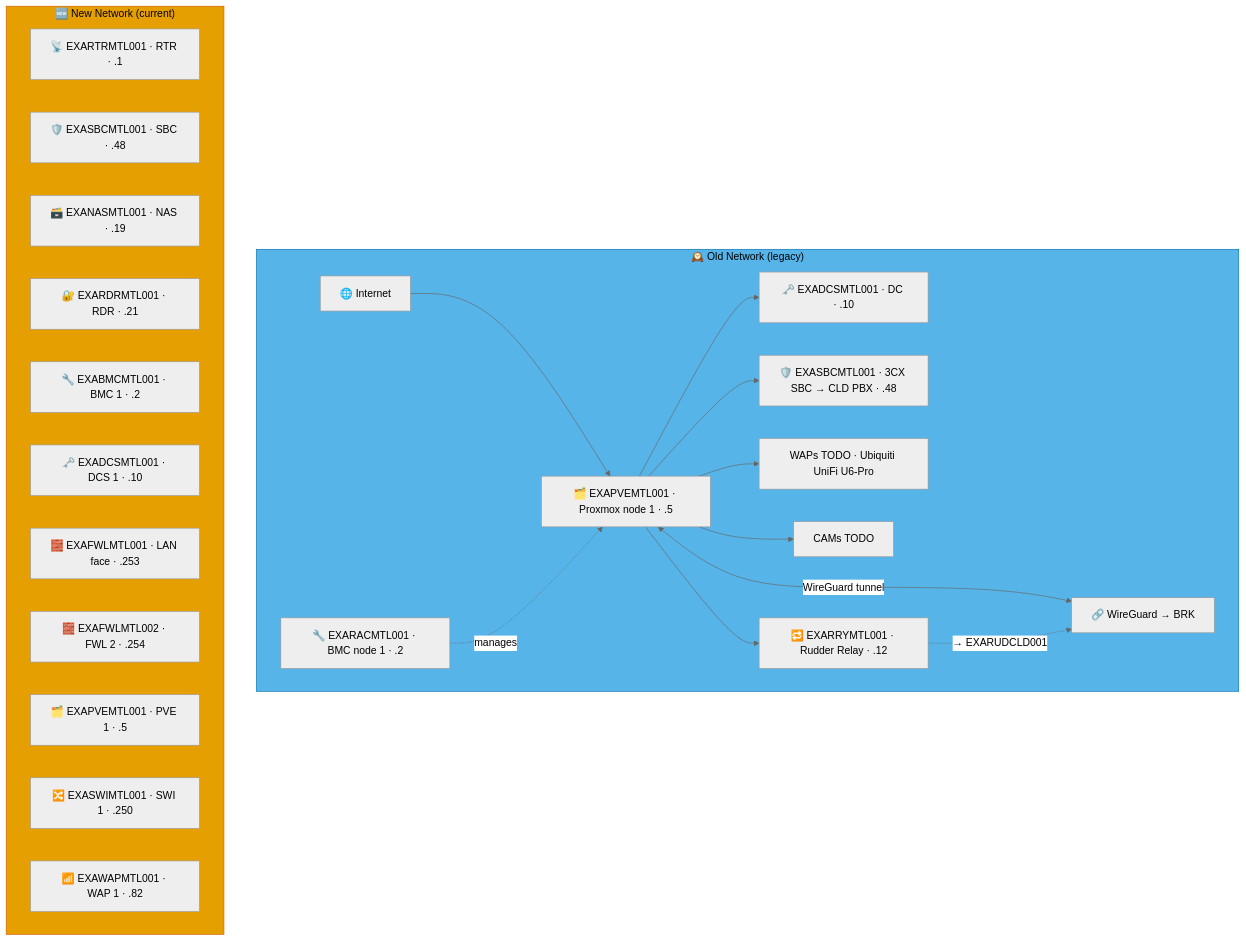
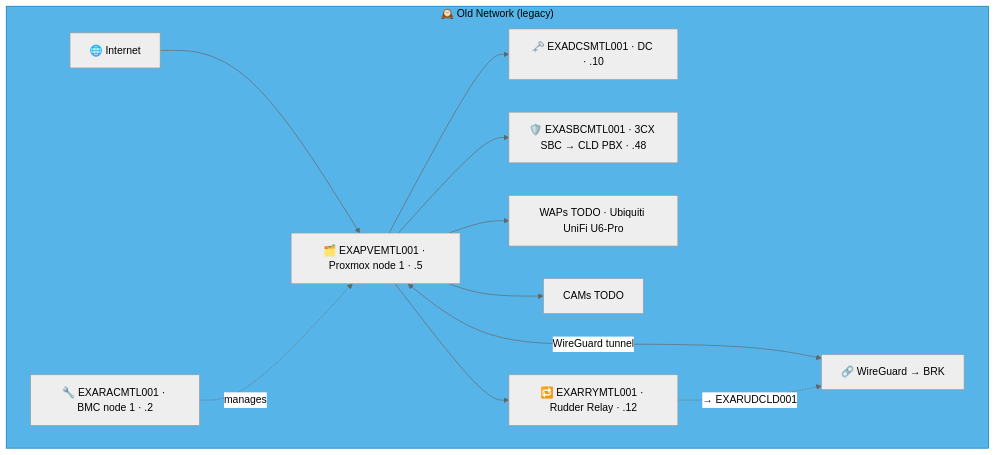
One commit to knightmare2600/example_music_infra changed the fifth of 6 diagrams in docs/network-diagram/canada.md. Above: the diagram before and after it, drawn with Mermaid (neutral theme). The commit also changed other lines of this file and 35 other files, not shown here.

````diff
--- a/docs/network-diagram/canada.md
+++ b/docs/network-diagram/canada.md
@@ -143,39 +199,23 @@
 ```mermaid
 graph TD
     subgraph OLD_MTL ["🕰️ Old Network (legacy)"]
       INET["🌐 Internet"]
       RAC["🔧 EXARACMTL001 · BMC node 1 · .2"]
       PVE["🗂️ EXAPVEMTL001 · Proxmox node 1 · .5"]
       DC["🗝️ EXADCSMTL001 · DC · .10"]
       SBC["🛡️ EXASBCMTL001 · 3CX SBC → CLD PBX · .48"]
       RRY["🔁 EXARRYMTL001 · Rudder Relay · .12"]
       WAP["WAPs TODO · Ubiquiti UniFi U6-Pro"]
       CAM["CAMs TODO"]
       VPN["🔗 WireGuard → BRK"]
 
       INET --> PVE --> DC & SBC
       RAC -.->|"manages"| PVE
       PVE --> WAP & CAM
       PVE <-->|"WireGuard tunnel"| VPN
 
       PVE --> RRY
       RRY -. "→ EXARUDCLD001" .-> VPN
     end
     style OLD_MTL fill:#56B4E9,stroke:#0072B2,color:#000000
-    %% GENERATED:NEW-NETWORK:MTL:START
-    subgraph NEW_MTL ["🆕 New Network (current)"]
-      N_RTR["📡 EXARTRMTL001 · RTR · .1"]
-      N_SBC["🛡️ EXASBCMTL001 · SBC · .48"]
-      N_NAS["🗃️ EXANASMTL001 · NAS · .19"]
-      N_RDR["🔐 EXARDRMTL001 · RDR · .21"]
-      N_BMC["🔧 EXABMCMTL001 · BMC 1 · .2"]
-      N_DCS["🗝️ EXADCSMTL001 · DCS 1 · .10"]
-      N_FWL["🧱 EXAFWLMTL001 · LAN face · .253"]
-      N_FWL2["🧱 EXAFWLMTL002 · FWL 2 · .254"]
-      N_PVE["🗂️ EXAPVEMTL001 · PVE 1 · .5"]
-      N_SWI["🔀 EXASWIMTL001 · SWI 1 · .250"]
-      N_WAP["📶 EXAWAPMTL001 · WAP 1 · .82"]
-    end
-    style NEW_MTL fill:#E69F00,stroke:#D55E00,color:#000000
-    %% GENERATED:NEW-NETWORK:MTL:END
 ```
````
